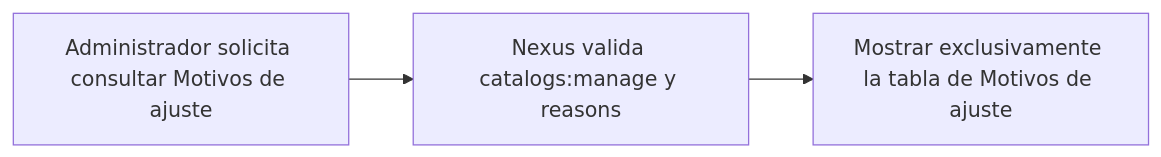
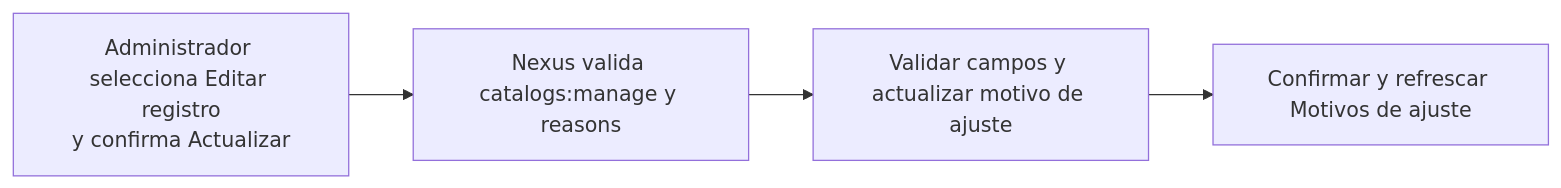
One commit to gpgsistemas01/nexus changed the diagram in docs/requirements/diagrams/catalogs/cu-cat-39.md. Above: the diagram before and after it, drawn with Mermaid. The commit also changed other lines of this file and 207 other files, not shown here.

````diff
--- a/docs/requirements/diagrams/catalogs/cu-cat-39.md
+++ b/docs/requirements/diagrams/catalogs/cu-cat-39.md
@@ -3,5 +3,6 @@
 ```mermaid
 flowchart LR
-    request["Administrador solicita consultar Motivos de ajuste"] --> authorize["Nexus valida catalogs:manage y reasons"]
-    authorize --> result["Mostrar exclusivamente la tabla de Motivos de ajuste"]
+    request["Administrador selecciona Editar registro<br/>y confirma Actualizar"] --> authorize["Nexus valida catalogs:manage y reasons"]
+    authorize --> persist["Validar campos y actualizar motivo de ajuste"]
+    persist --> result["Confirmar y refrescar Motivos de ajuste"]
 ```
````
